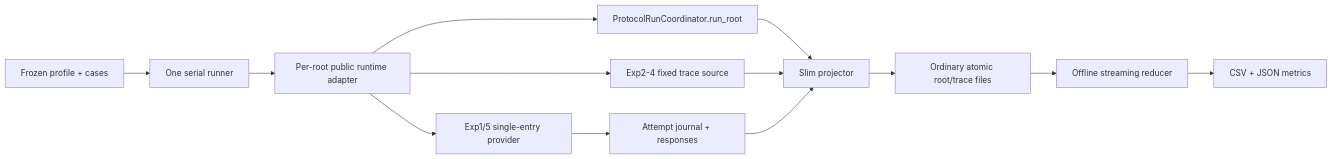
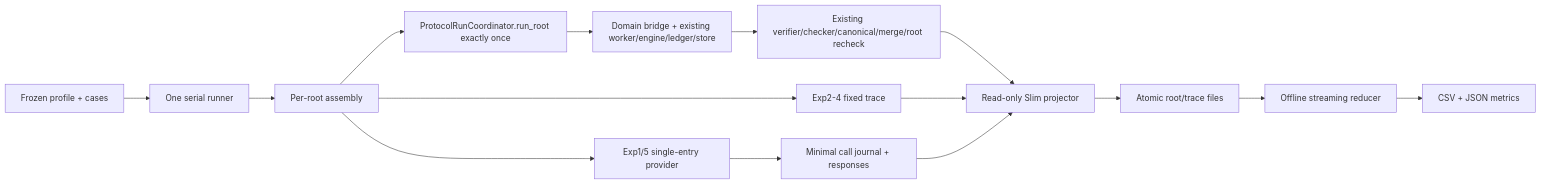
Before and after one commit to BriasedTu/TokenShare: the diagram in Doc/SlimV2/slim_v2_design_spec.md, drawn with Mermaid. The commit also changed other lines of this file and 4 other files, not shown here.

````diff
--- a/Doc/SlimV2/slim_v2_design_spec.md
+++ b/Doc/SlimV2/slim_v2_design_spec.md
@@ -113,15 +106,17 @@
 ```mermaid
 flowchart LR
     P["Frozen profile + cases"] --> R["One serial runner"]
-    R --> A["Per-root public runtime adapter"]
-    A --> C["ProtocolRunCoordinator.run_root"]
+    R --> A["Per-root assembly"]
+    A --> C["ProtocolRunCoordinator.run_root exactly once"]
+    C --> E["Domain bridge + existing worker/engine/ledger/store"]
+    E --> V["Existing verifier/checker/canonical/merge/root recheck"]
     A --> O["Exp1/5 single-entry provider"]
-    A --> F["Exp2-4 fixed trace source"]
-    C --> J["Slim projector"]
-    O --> T["Attempt journal + responses"]
+    A --> F["Exp2-4 fixed trace"]
+    V --> J["Read-only Slim projector"]
+    O --> T["Minimal call journal + responses"]
     F --> J
     T --> J
-    J --> S["Ordinary atomic root/trace files"]
+    J --> S["Atomic root/trace files"]
     S --> M["Offline streaming reducer"]
     M --> Q["CSV + JSON metrics"]
 ```
````
